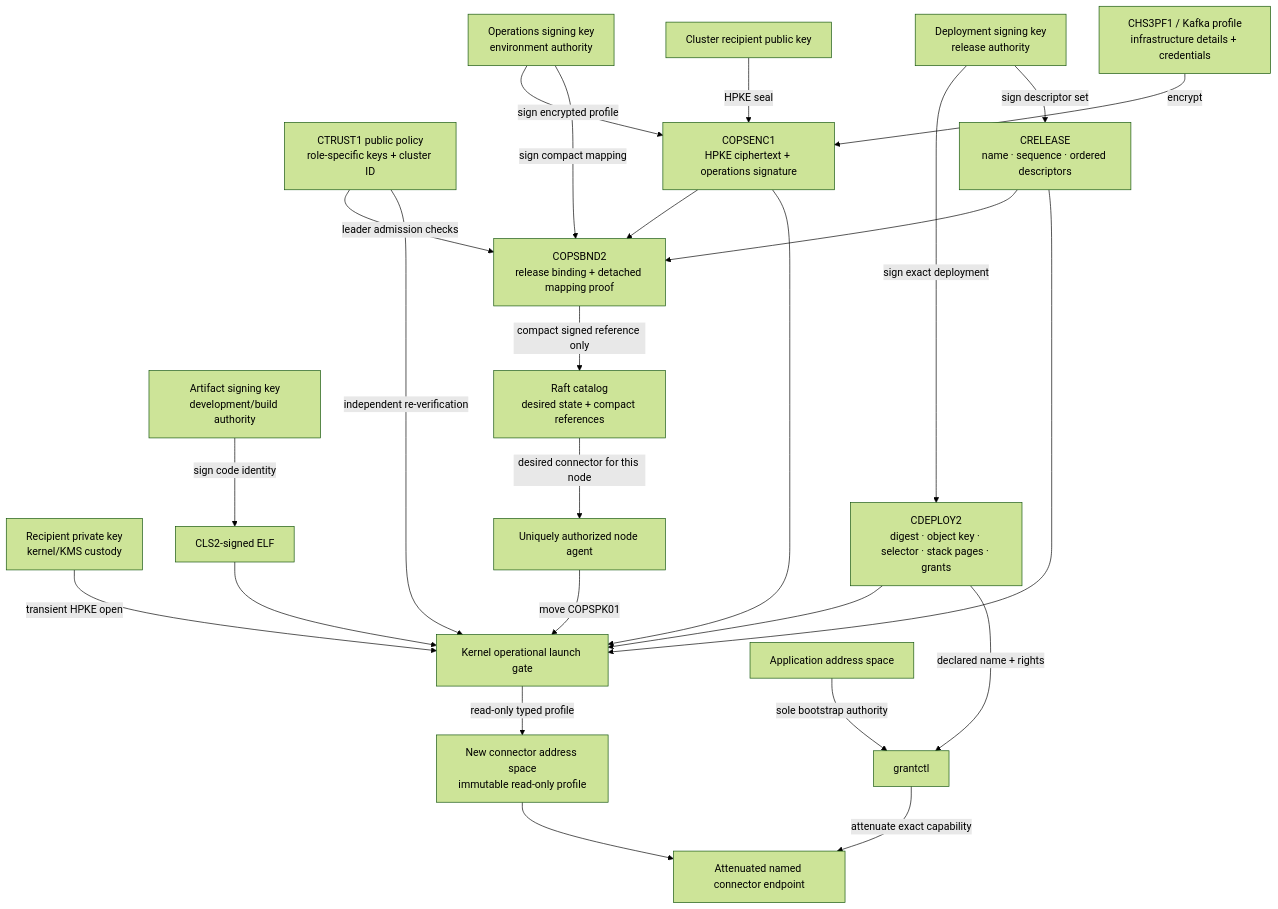
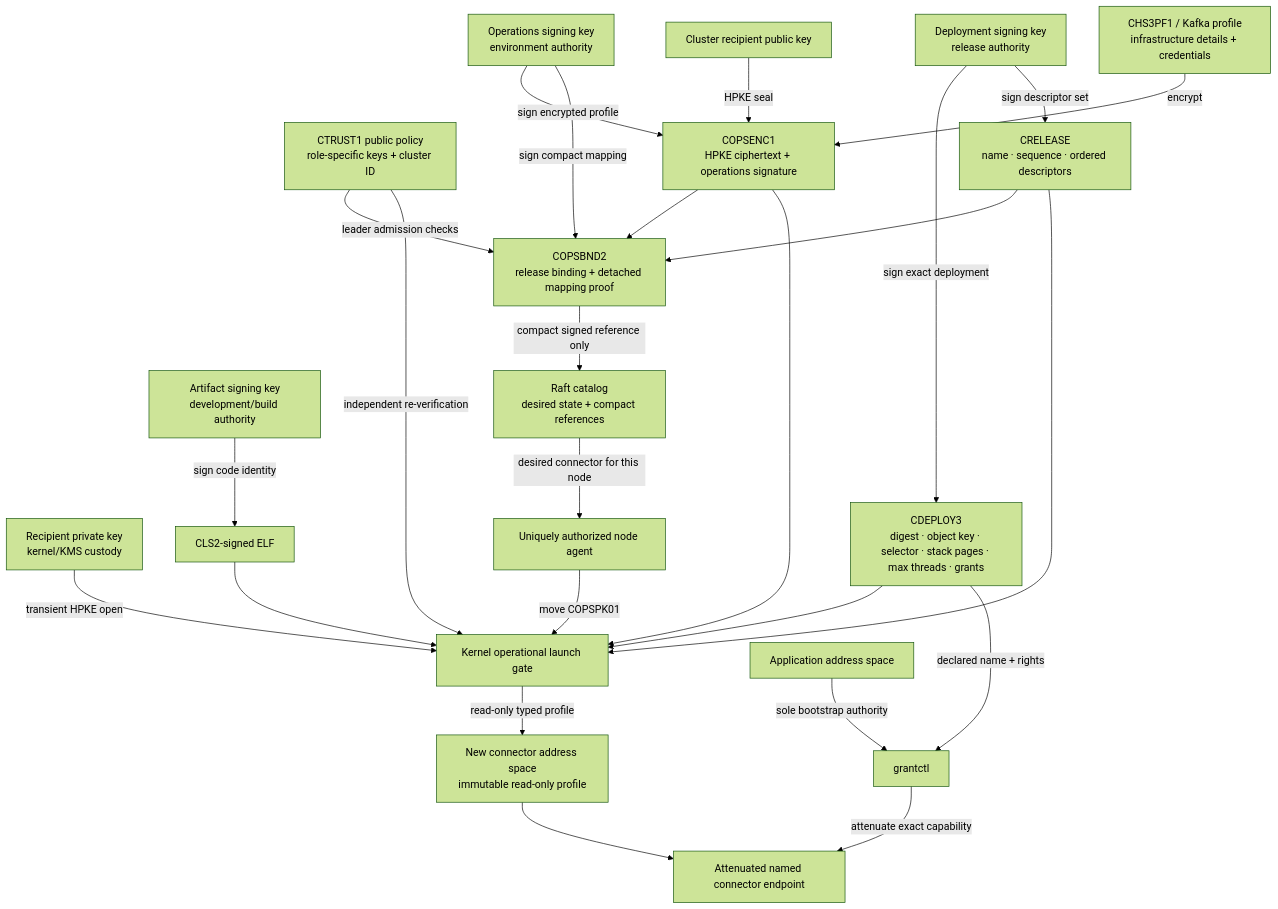
The tenth of 11 diagrams in docs/figures.md (FrodeRanders/charlotte-os), drawn with Mermaid (forest theme) before and after one commit. The commit also changed other lines of this file and 28 other files, not shown here.

````diff
--- a/docs/figures.md
+++ b/docs/figures.md
@@ -442,47 +442,47 @@
 ```mermaid
 flowchart TD
 AK["Artifact signing key<br/>development/build authority"]
 DK["Deployment signing key<br/>release authority"]
 OK["Operations signing key<br/>environment authority"]
 RPK["Cluster recipient public key"]
 RSK["Recipient private key<br/>kernel/KMS custody"]
 TRUST["CTRUST1 public policy<br/>role-specific keys + cluster ID"]
 ELF["CLS2-signed ELF"]
-DESC["CDEPLOY2<br/>digest · object key · selector · stack pages · grants"]
+DESC["CDEPLOY3<br/>digest · object key · selector · stack pages · max threads · grants"]
 REL["CRELEASE<br/>name · sequence · ordered descriptors"]
 PROFILE["CHS3PF1 / Kafka profile<br/>infrastructure details + credentials"]
 ENC["COPSENC1<br/>HPKE ciphertext + operations signature"]
 BUNDLE["COPSBND2<br/>release binding + detached mapping proof"]
 CAT["Raft catalog<br/>desired state + compact references"]
 AGENT["Uniquely authorized node agent"]
 GATE["Kernel operational launch gate"]
 CONNECTOR["New connector address space<br/>immutable read-only profile"]
 DOMAIN["Application address space"]
 GRANT["grantctl"]
 ENDPOINT["Attenuated named connector endpoint"]
 
       AK -->|"sign code identity"| ELF
       DK -->|"sign exact deployment"| DESC
       DK -->|"sign descriptor set"| REL
       RPK -->|"HPKE seal"| ENC
       OK -->|"sign encrypted profile"| ENC
       PROFILE -->|"encrypt"| ENC
       OK -->|"sign compact mapping"| BUNDLE
       REL --> BUNDLE
       ENC --> BUNDLE
       TRUST -->|"leader admission checks"| BUNDLE
       BUNDLE -->|"compact signed reference only"| CAT
       CAT -->|"desired connector for this node"| AGENT
       AGENT -->|"move COPSPK01"| GATE
       TRUST -->|"independent re-verification"| GATE
       RSK -->|"transient HPKE open"| GATE
       ELF --> GATE
       DESC --> GATE
       REL --> GATE
       ENC --> GATE
       GATE -->|"read-only typed profile"| CONNECTOR
       CONNECTOR --> ENDPOINT
       DESC -->|"declared name + rights"| GRANT
       DOMAIN -->|"sole bootstrap authority"| GRANT
       GRANT -->|"attenuate exact capability"| ENDPOINT
 ```
````
